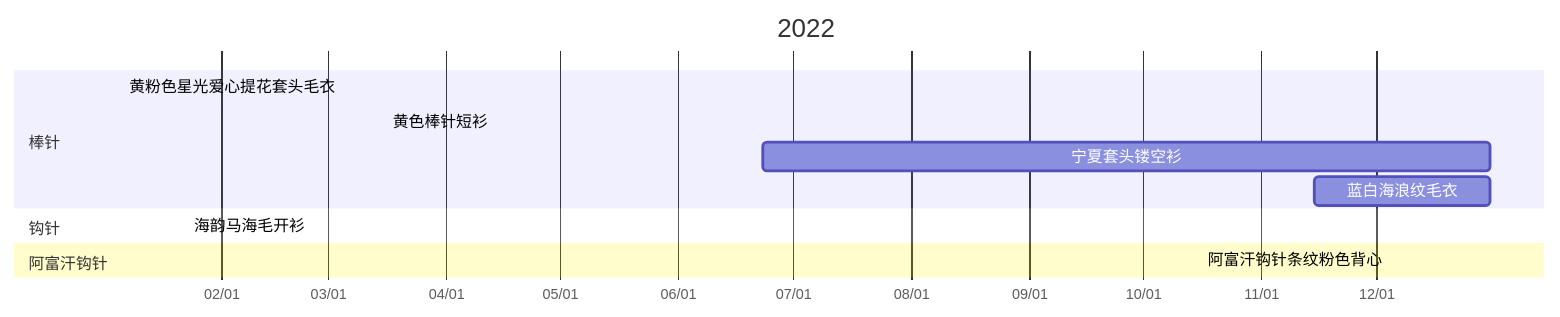
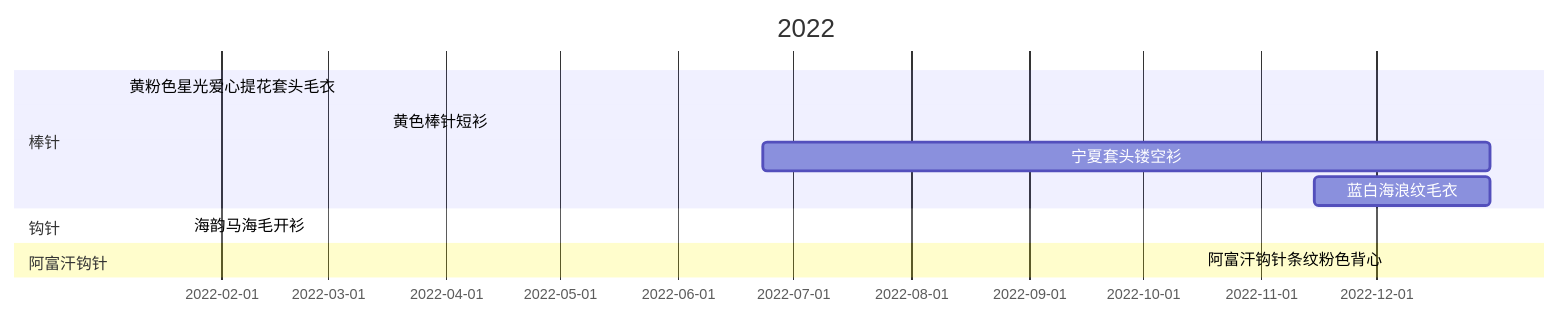
One commit to JiYouMCC/JiYouMCC.github.io changed the diagram in _posts/2019-01-29-86.markdown. Above: the diagram before and after it, drawn with Mermaid.

````diff
--- a/_posts/2019-01-29-86.markdown
+++ b/_posts/2019-01-29-86.markdown
@@ -18,14 +18,13 @@
 ```mermaid
 gantt
     title 2022
-    axisFormat %m/%d
     section 棒针
     黄粉色星光爱心提花套头毛衣   :done,   a1,2022-01-06, 2022-05-08
     黄色棒针短衫                :done,   2022-03-16, 2022-06-21
     宁夏套头镂空衫              :active  2022-06-23,191d
     蓝白海浪纹毛衣              :active  2022-11-15, 46d 
     section 钩针
     海韵马海毛开衫              :done,  a5,2022-01-23, 2022-11-15 
     section 阿富汗钩针
     阿富汗钩针条纹粉色背心       :done,  2022-10-16, 2022-10-30  
 ```
````
